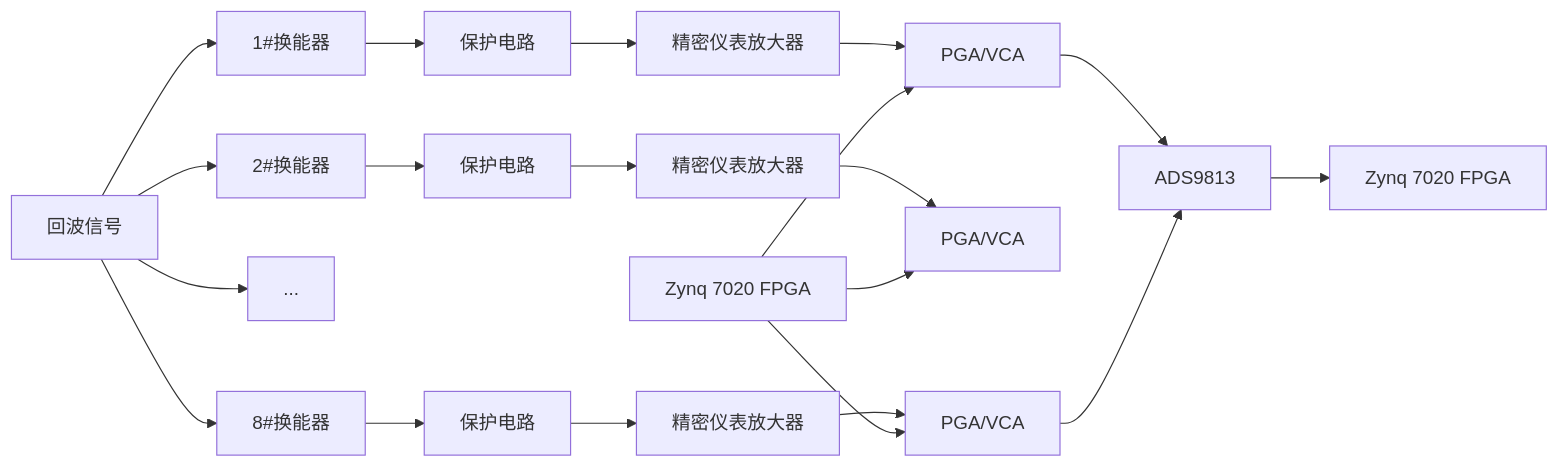
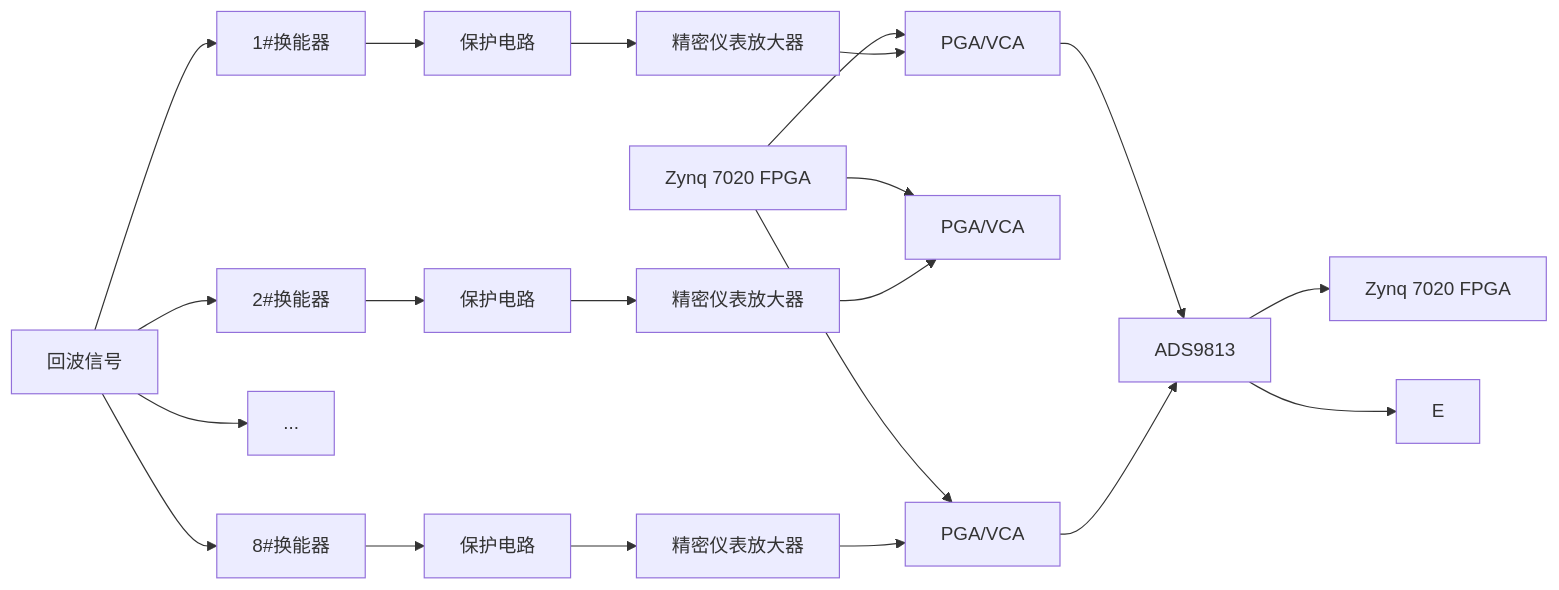
The diagram in all/多通道同步采集-1.md (Rukawa15/iodraw-files), drawn with Mermaid before and after one commit.

Commit message:
2025-06-19 14:11:59 update

````diff
--- a/all/多通道同步采集-1.md
+++ b/all/多通道同步采集-1.md
@@ -1,25 +1,25 @@
 ```mermaid
 graph LR
 A[回波信号]
 A --> B1[1#换能器]
 A --> B2[2#换能器]
 A --> ...
 A --> B8[8#换能器]
 B1 --> C1[保护电路]
 B2 --> C2[保护电路]
 B8 --> C8[保护电路]
-
+H[Zynq 7020 FPGA] --> E1
+H[Zynq 7020 FPGA] --> E2
+H[Zynq 7020 FPGA] --> E8
 C1 --> D1[精密仪表放大器]
 C2 --> D2[精密仪表放大器] 
 C8 --> D8[精密仪表放大器] 
 D1 --> E1[PGA/VCA]
 D2 --> E2[PGA/VCA] 
 D8 --> E8[PGA/VCA] 
 E1 --> F[ADS9813]
 E8 --> F[ADS9813] 
 F --> G[Zynq 7020 FPGA]
+F --> E
 
-H[Zynq 7020 FPGA] --> E1
-H[Zynq 7020 FPGA] --> E2
-H[Zynq 7020 FPGA] --> E8
 ```
````
